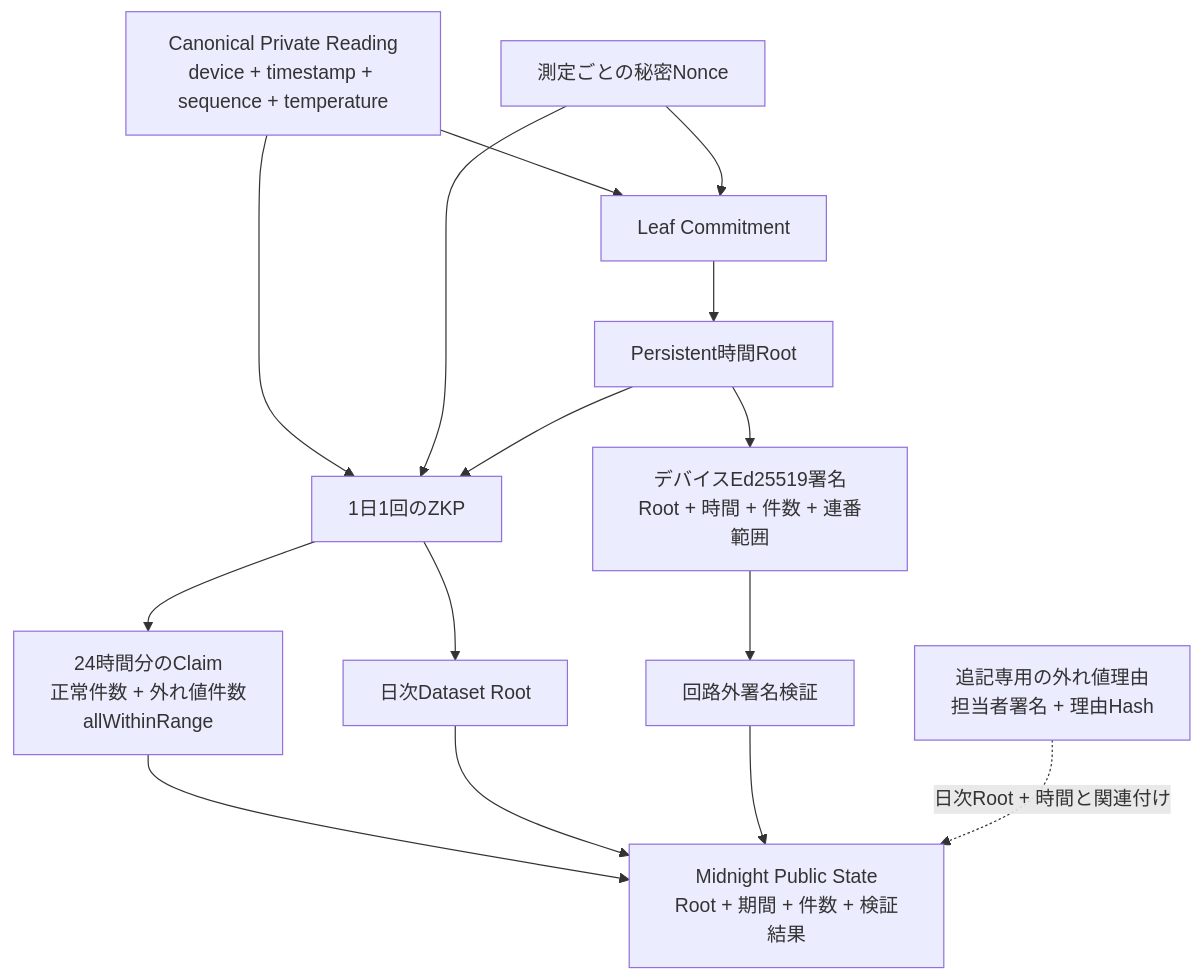
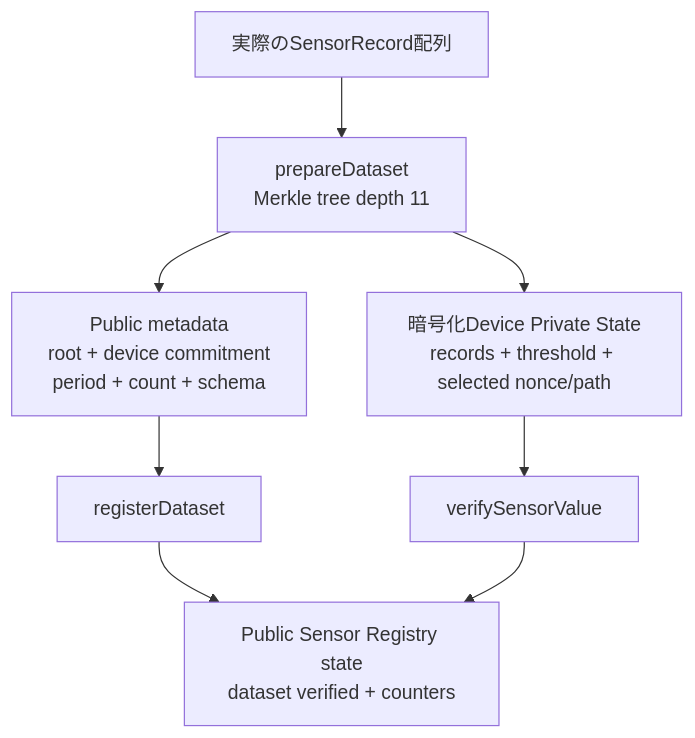
The second of 2 diagrams in docs/ja/system_architecture.md (commun-platform/midnight_buildathons_bacchili), drawn with Mermaid before and after one commit. The commit also changed other lines of this file and 1 other file, not shown here.

Commit message:
docs(architecture): reflect implemented proof flow

````diff
--- a/docs/ja/system_architecture.md
+++ b/docs/ja/system_architecture.md
@@ -69,28 +73,18 @@
 ```mermaid
 flowchart TD
-    Reading["Canonical Private Reading<br/>device + timestamp + sequence + temperature"]
-    Nonce["測定ごとの秘密Nonce"]
-    Leaf["Leaf Commitment"]
-    HourRoot["Persistent時間Root"]
-    Signature["デバイスEd25519署名<br/>Root + 時間 + 件数 + 連番範囲"]
-    DailyProof["1日1回のZKP"]
-    HourClaims["24時間分のClaim<br/>正常件数 + 外れ値件数<br/>allWithinRange"]
-    DayRoot["日次Dataset Root"]
-    PublicResult["Midnight Public State<br/>Root + 期間 + 件数 + 検証結果"]
-    Reason["追記専用の外れ値理由<br/>担当者署名 + 理由Hash"]
+    Records["実際のSensorRecord配列"]
+    Prepare["prepareDataset<br/>Merkle tree depth 11"]
+    Public["Public metadata<br/>root + device commitment<br/>period + count + schema"]
+    Private["暗号化Device Private State<br/>records + threshold + selected nonce/path"]
+    Register["registerDataset"]
+    Verify["verifySensorValue"]
+    Ledger["Public Sensor Registry state<br/>dataset verified + counters"]
 
-    Reading --> Leaf
-    Nonce --> Leaf
-    Leaf --> HourRoot
-    HourRoot --> Signature
-    Reading --> DailyProof
-    Nonce --> DailyProof
-    HourRoot --> DailyProof
-    Signature --> SignatureCheck["回路外署名検証"]
-    DailyProof --> HourClaims
-    DailyProof --> DayRoot
-    HourClaims --> PublicResult
-    DayRoot --> PublicResult
-    SignatureCheck --> PublicResult
-    Reason -. "日次Root + 時間と関連付け" .-> PublicResult
+    Records --> Prepare
+    Prepare --> Public
+    Prepare --> Private
+    Public --> Register
+    Private --> Verify
+    Register --> Ledger
+    Verify --> Ledger
 ```
````
